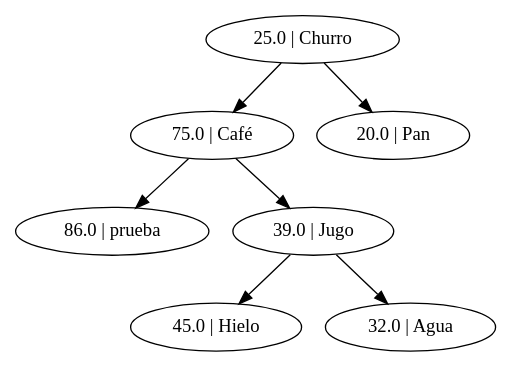
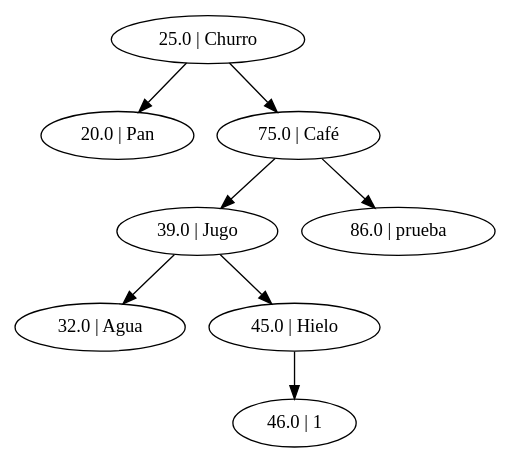
The diagram in Unidad I/PAC III 2019/Proyecto 1/Python/Memoria/test.dot (BryanBlacks/Algoritmos-y-Estructuras-de-Datos), drawn with Graphviz before and after one commit. The commit also changed 14 other files, not shown here.

```diff
--- a/Unidad I/PAC III 2019/Proyecto 1/Python/Memoria/test.dot
+++ b/Unidad I/PAC III 2019/Proyecto 1/Python/Memoria/test.dot
@@ -1,8 +1,9 @@
-strict digraph  {
-	"75.0 | Café" -> "86.0 | prueba";
-	"75.0 | Café" -> "39.0 | Jugo";
-	"39.0 | Jugo" -> "45.0 | Hielo";
-	"39.0 | Jugo" -> "32.0 | Agua";
+strict digraph "" {
 	"25.0 | Churro" -> "20.0 | Pan";
 	"25.0 | Churro" -> "75.0 | Café";
+	"75.0 | Café" -> "39.0 | Jugo";
+	"75.0 | Café" -> "86.0 | prueba";
+	"39.0 | Jugo" -> "32.0 | Agua";
+	"39.0 | Jugo" -> "45.0 | Hielo";
+	"45.0 | Hielo" -> "46.0 | 1";
 }
```
